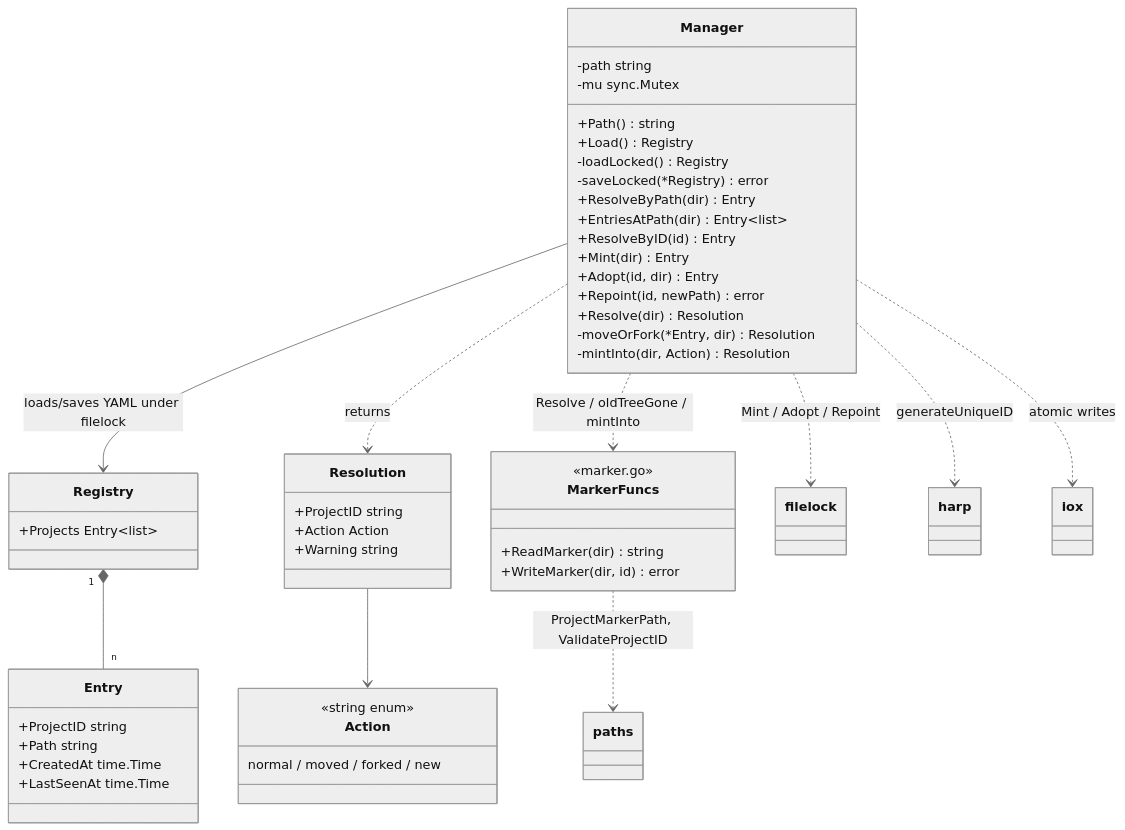
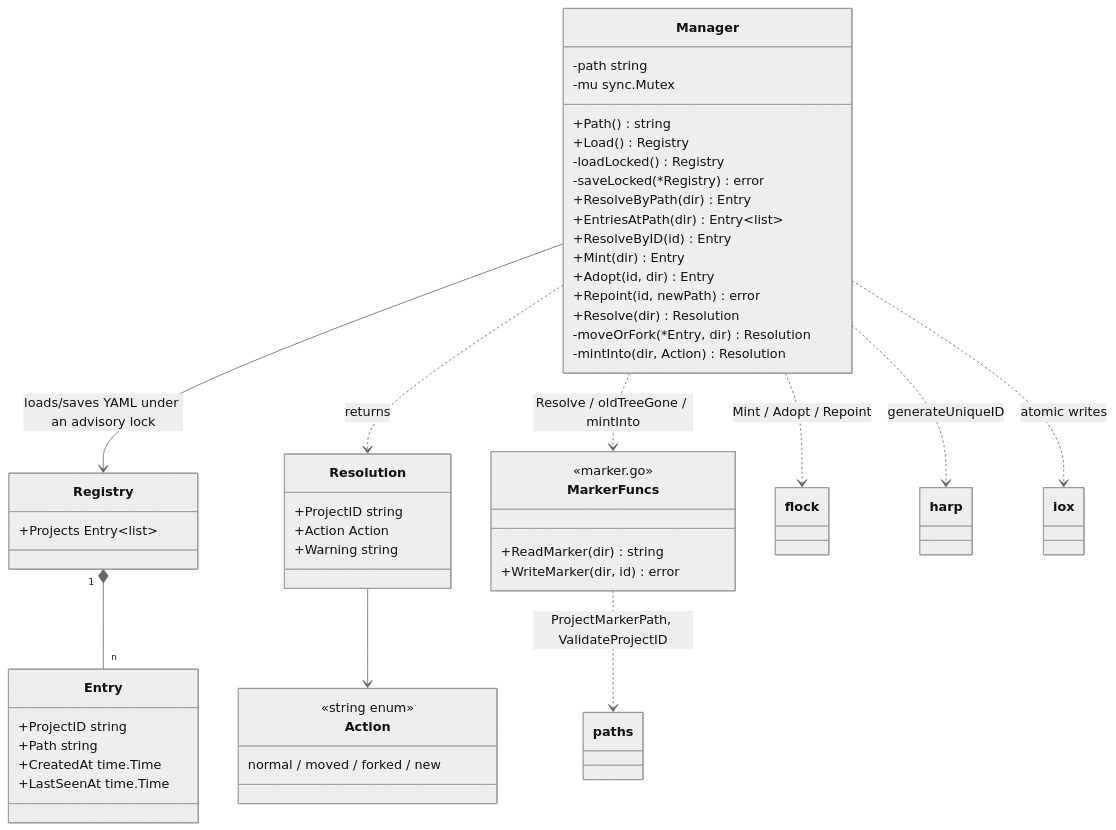
Before and after one commit to ctxloom/ctxloom: the diagram in docs/architecture/shared/tasks-identity.md, drawn with Mermaid (neutral theme). The commit also changed other lines of this file and 29 other files, not shown here.

````diff
--- a/docs/architecture/shared/tasks-identity.md
+++ b/docs/architecture/shared/tasks-identity.md
@@ -7,53 +7,53 @@
 ```mermaid
 classDiagram
     class Manager {
         -path string
         -mu sync.Mutex
         +Path() string
         +Load() Registry
         -loadLocked() Registry
         -saveLocked(*Registry) error
         +ResolveByPath(dir) Entry
         +EntriesAtPath(dir) Entry~list~
         +ResolveByID(id) Entry
         +Mint(dir) Entry
         +Adopt(id, dir) Entry
         +Repoint(id, newPath) error
         +Resolve(dir) Resolution
         -moveOrFork(*Entry, dir) Resolution
         -mintInto(dir, Action) Resolution
     }
     class Registry {
         +Projects Entry~list~
     }
     class Entry {
         +ProjectID string
         +Path string
         +CreatedAt time.Time
         +LastSeenAt time.Time
     }
     class Resolution {
         +ProjectID string
         +Action Action
         +Warning string
     }
     class Action {
         <<string enum>>
         normal / moved / forked / new
     }
     class MarkerFuncs {
         <<marker.go>>
         +ReadMarker(dir) string
         +WriteMarker(dir, id) error
     }
 
-    Manager --> Registry : loads/saves YAML under filelock
+    Manager --> Registry : loads/saves YAML under an advisory lock
     Registry "1" *-- "n" Entry
     Manager ..> Resolution : returns
     Resolution --> Action
     Manager ..> MarkerFuncs : Resolve / oldTreeGone / mintInto
     MarkerFuncs ..> paths : ProjectMarkerPath, ValidateProjectID
-    Manager ..> filelock : Mint / Adopt / Repoint
+    Manager ..> flock : Mint / Adopt / Repoint
     Manager ..> harp : generateUniqueID
     Manager ..> iox : atomic writes
 ```
````
